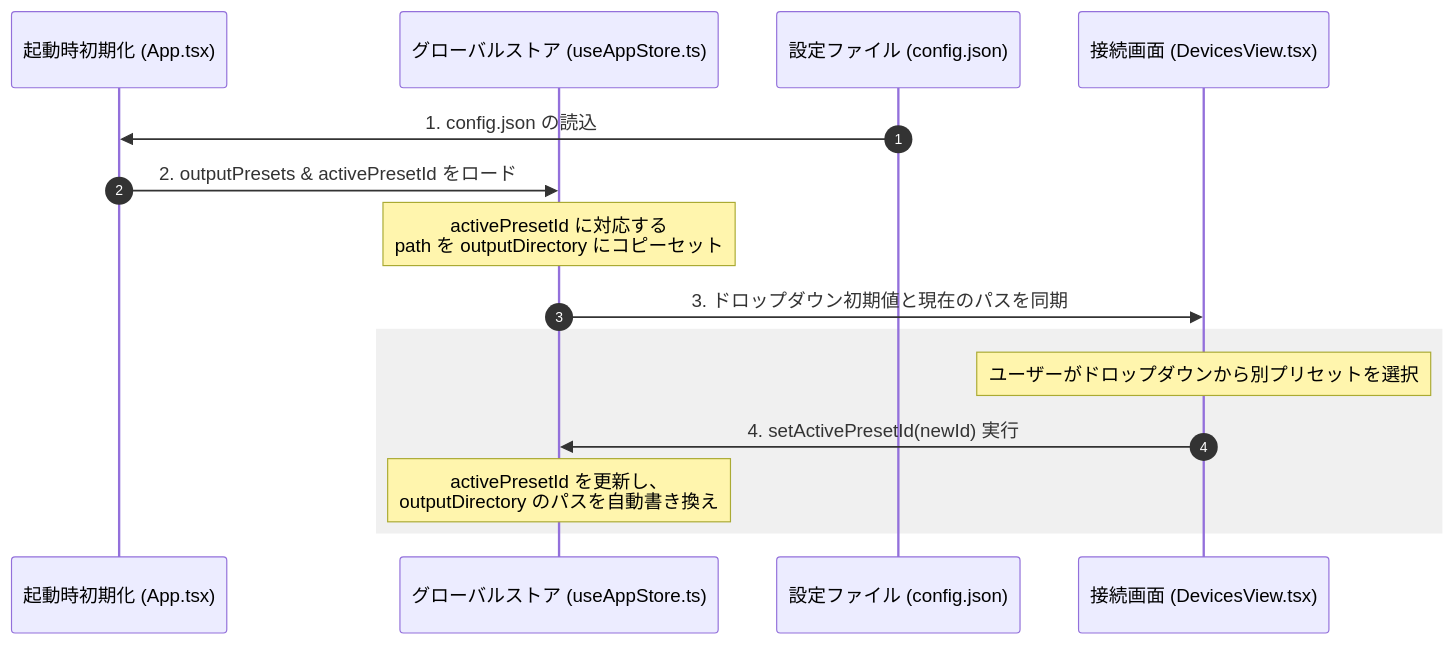
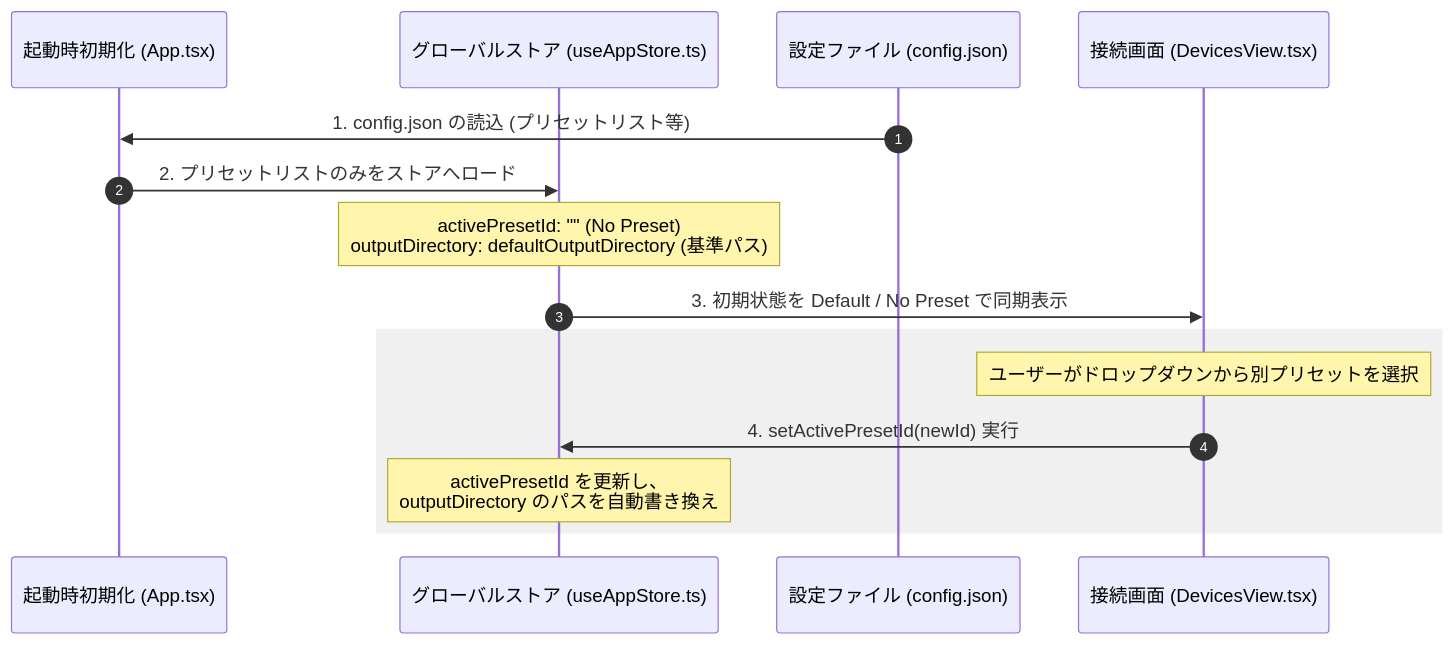
One commit to potatonecst/NanoPol changed the diagram in spec/15_output_presets_design.md. Above: the diagram before and after it, drawn with Mermaid. The commit also changed other lines of this file and 5 other files, not shown here.

````diff
--- a/spec/15_output_presets_design.md
+++ b/spec/15_output_presets_design.md
@@ -84,19 +92,19 @@
 ```mermaid
 sequenceDiagram
     autonumber
     participant App as 起動時初期化 (App.tsx)
     participant Store as グローバルストア (useAppStore.ts)
     participant Config as 設定ファイル (config.json)
     participant Devices as 接続画面 (DevicesView.tsx)
 
-    Config->>App: 1. config.json の読込
-    App->>Store: 2. outputPresets & activePresetId をロード
-    Note over Store: activePresetId に対応する<br/>path を outputDirectory にコピーセット
-    Store->>Devices: 3. ドロップダウン初期値と現在のパスを同期
+    Config->>App: 1. config.json の読込 (プリセットリスト等)
+    App->>Store: 2. プリセットリストのみをストアへロード
+    Note over Store: activePresetId: "" (No Preset)<br/>outputDirectory: defaultOutputDirectory (基準パス)
+    Store->>Devices: 3. 初期状態を Default / No Preset で同期表示
     
     rect rgb(240, 240, 240)
         Note over Devices: ユーザーがドロップダウンから別プリセットを選択
         Devices->>Store: 4. setActivePresetId(newId) 実行
         Note over Store: activePresetId を更新し、<br/>outputDirectory のパスを自動書き換え
     end
 ```
````
